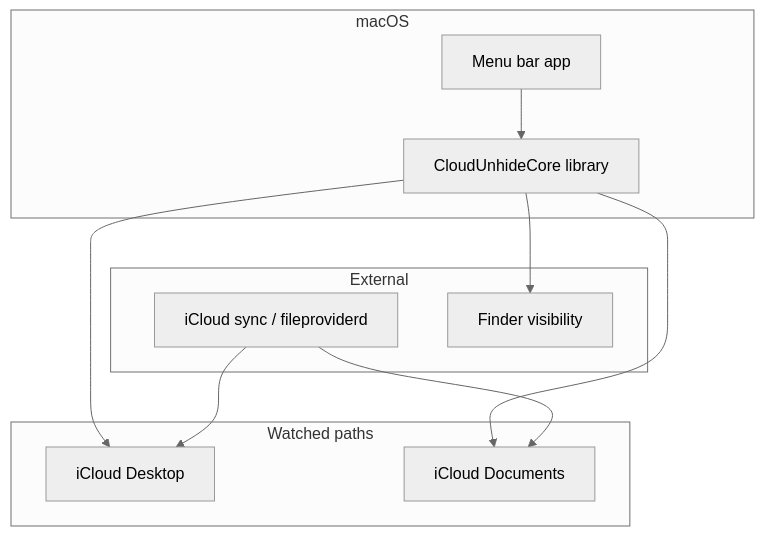
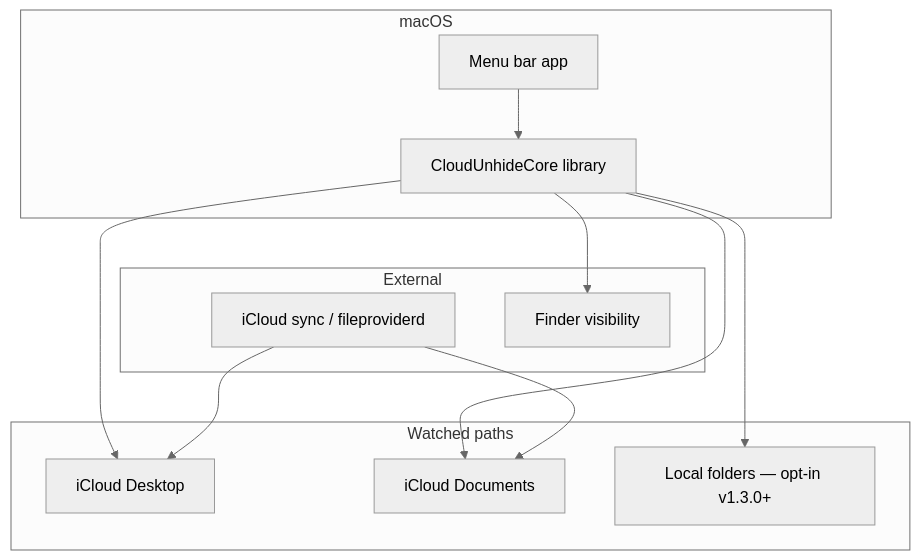
Before and after one commit to roto31/Resurrect: the first of 3 diagrams in docs/architecture.md, drawn with Mermaid (neutral theme). The commit also changed other lines of this file and 9 other files, not shown here.

Commit message:
docs: local hidden file assist guides and flow diagrams (v1.3.0).

````diff
--- a/docs/architecture.md
+++ b/docs/architecture.md
@@ -7,21 +7,23 @@
 ```mermaid
 flowchart TB
   subgraph macOS [macOS]
     Menu[Menu bar app]
     Core[CloudUnhideCore library]
     Menu --> Core
   end
   subgraph paths [Watched paths]
     Desktop[iCloud Desktop]
     Documents[iCloud Documents]
+    LocalPaths[Local folders — opt-in v1.3.0+]
   end
   subgraph external [External]
     iCloud[iCloud sync / fileproviderd]
     Finder[Finder visibility]
   end
   Core --> Desktop
   Core --> Documents
+  Core --> LocalPaths
   iCloud --> Desktop
   iCloud --> Documents
   Core --> Finder
 ```
````
